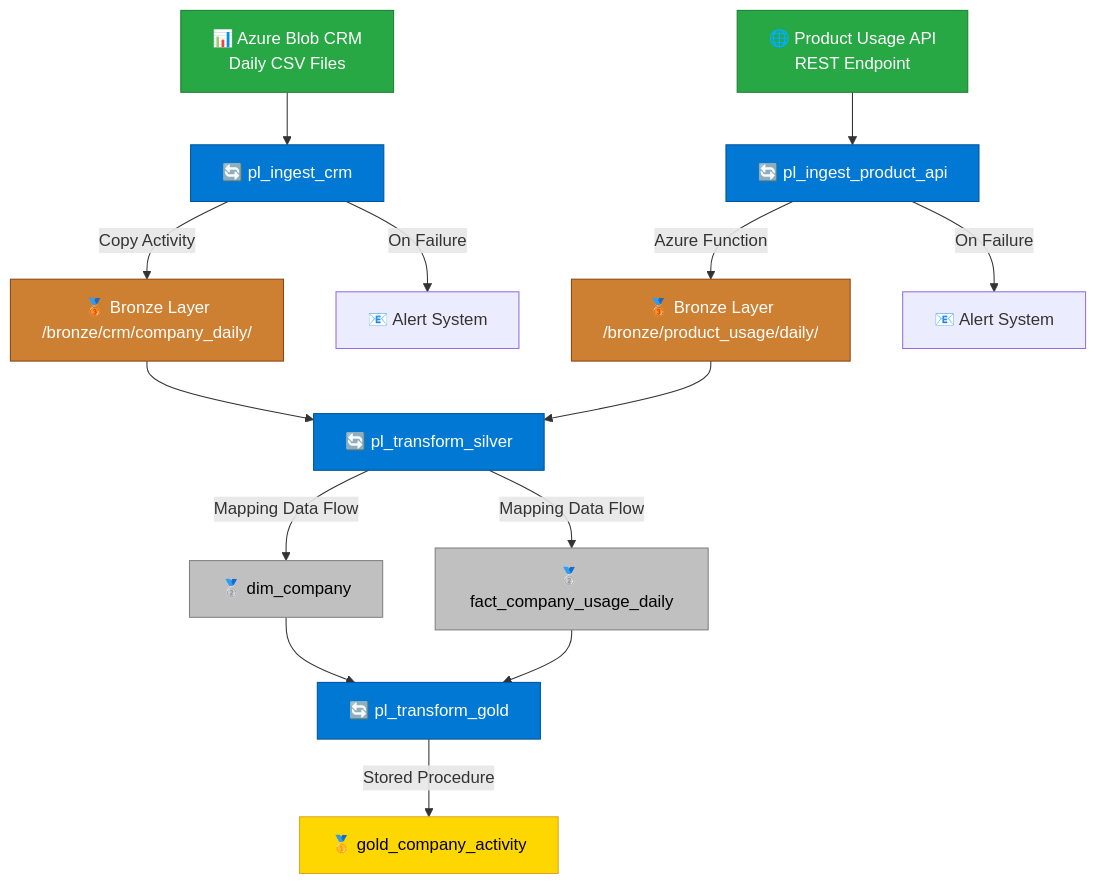
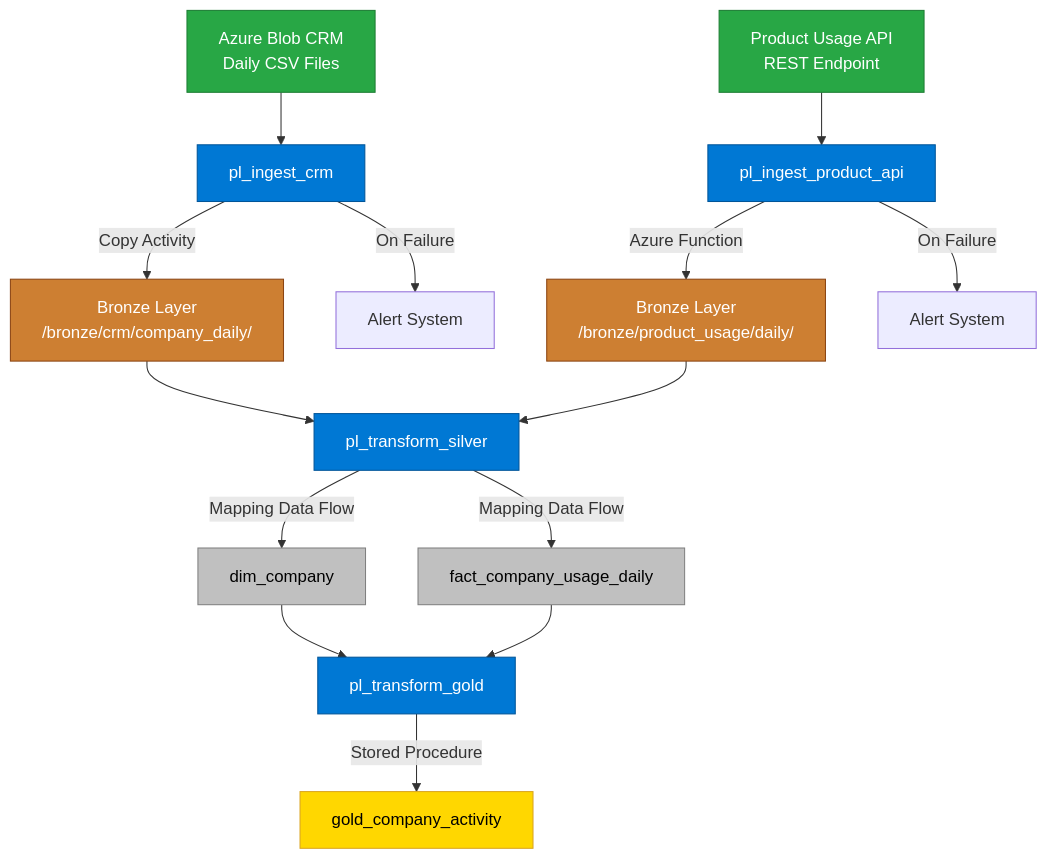
Before and after one commit to thesalmajudah/palm-de: the first of 2 diagrams in docs/adf-architecture.md, drawn with Mermaid. The commit also changed other lines of this file and 1 other file, not shown here.

````diff
--- a/docs/adf-architecture.md
+++ b/docs/adf-architecture.md
@@ -35,42 +35,42 @@
 ```mermaid
 graph TD
     %% Data Sources
-    CRM[📊 Azure Blob CRM<br/>Daily CSV Files] 
-    API[🌐 Product Usage API<br/>REST Endpoint]
+    CRM[Azure Blob CRM<br/>Daily CSV Files] 
+    API[Product Usage API<br/>REST Endpoint]
     
     %% Ingestion Pipelines
-    CRM --> PL1[🔄 pl_ingest_crm]
-    API --> PL2[🔄 pl_ingest_product_api]
+    CRM --> PL1[pl_ingest_crm]
+    API --> PL2[pl_ingest_product_api]
     
     %% Bronze Layer
-    PL1 --> |Copy Activity| B1[🥉 Bronze Layer<br/>/bronze/crm/company_daily/]
-    PL2 --> |Azure Function| B2[🥉 Bronze Layer<br/>/bronze/product_usage/daily/]
+    PL1 --> |Copy Activity| B1[Bronze Layer<br/>/bronze/crm/company_daily/]
+    PL2 --> |Azure Function| B2[Bronze Layer<br/>/bronze/product_usage/daily/]
     
     %% Silver Transformation
-    B1 --> PL3[🔄 pl_transform_silver]
+    B1 --> PL3[pl_transform_silver]
     B2 --> PL3
-    PL3 --> |Mapping Data Flow| S1[🥈 dim_company]
-    PL3 --> |Mapping Data Flow| S2[🥈 fact_company_usage_daily]
+    PL3 --> |Mapping Data Flow| S1[dim_company]
+    PL3 --> |Mapping Data Flow| S2[fact_company_usage_daily]
     
     %% Gold Transformation  
-    S1 --> PL4[🔄 pl_transform_gold]
+    S1 --> PL4[pl_transform_gold]
     S2 --> PL4
-    PL4 --> |Stored Procedure| G1[🥇 gold_company_activity]
+    PL4 --> |Stored Procedure| G1[gold_company_activity]
     
     %% Error Handling
-    PL1 --> |On Failure| A1[📧 Alert System]
-    PL2 --> |On Failure| A2[📧 Alert System]
+    PL1 --> |On Failure| A1[Alert System]
+    PL2 --> |On Failure| A2[Alert System]
     
     %% Styling
     classDef bronze fill:#cd7f32,stroke:#8B4513,color:#fff
     classDef silver fill:#C0C0C0,stroke:#808080,color:#000
     classDef gold fill:#FFD700,stroke:#DAA520,color:#000
     classDef pipeline fill:#0078D4,stroke:#005599,color:#fff
     classDef source fill:#28A745,stroke:#1E7E34,color:#fff
     
     class B1,B2 bronze
     class S1,S2 silver
     class G1 gold
     class PL1,PL2,PL3,PL4 pipeline
     class CRM,API source
 ```
````
